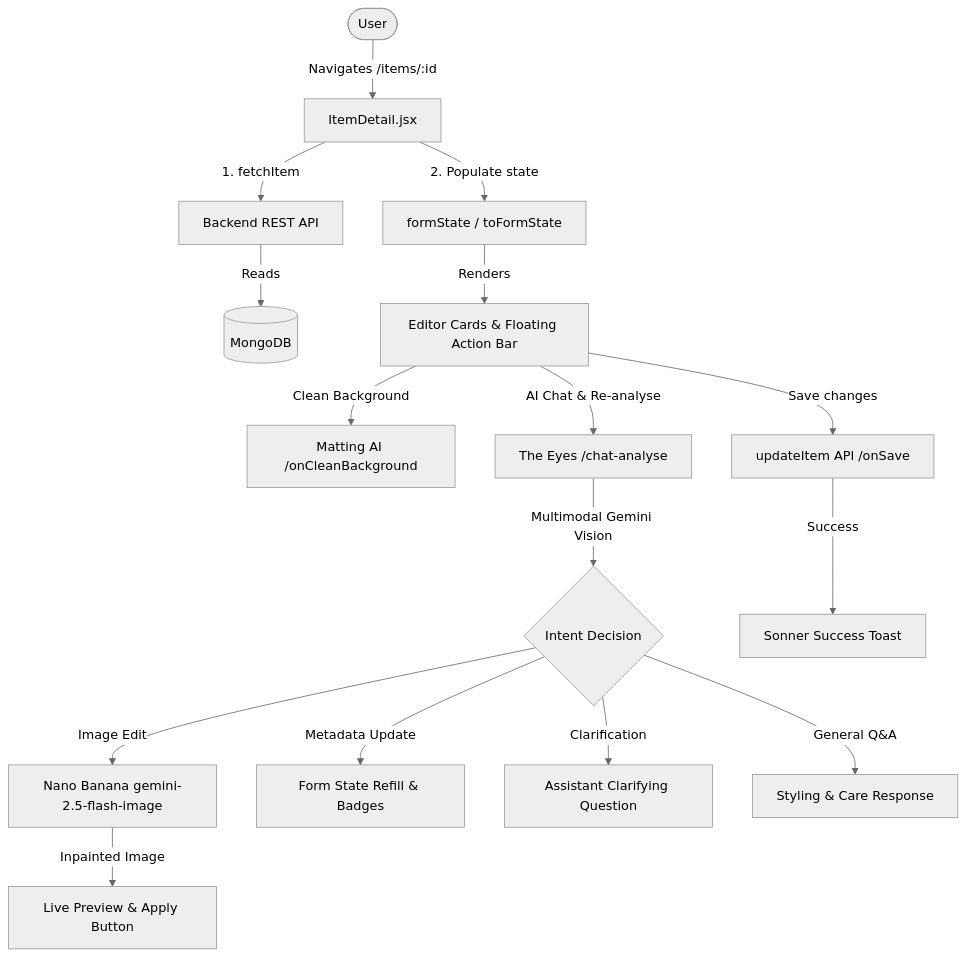
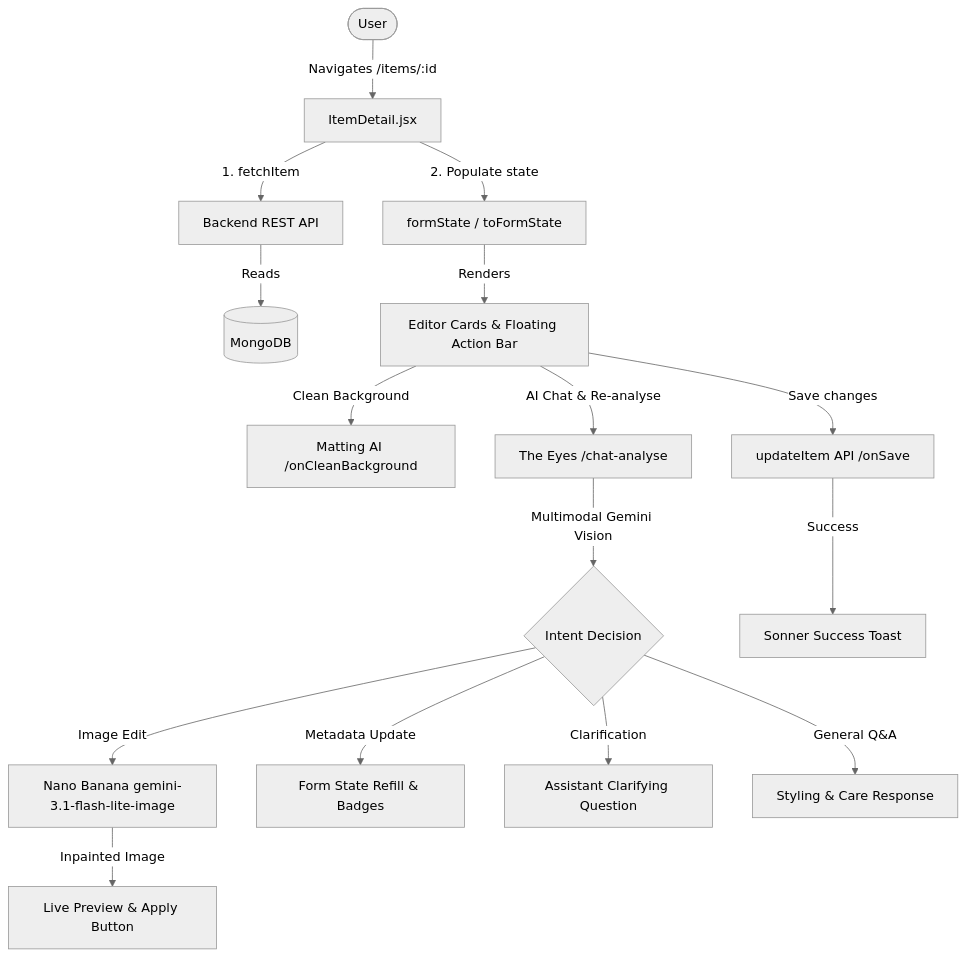
One commit to Yoram-Jacobs/DressAppV1 changed the diagram in apps/web/public/wiki/de/item_details.md. Above: the diagram before and after it, drawn with Mermaid (neutral theme). The commit also changed other lines of this file and 66 other files, not shown here.

````diff
--- a/apps/web/public/wiki/de/item_details.md
+++ b/apps/web/public/wiki/de/item_details.md
@@ -14,22 +14,22 @@
 ```mermaid
 graph TD
     User([User]) -->|Navigates /items/:id| Page[ItemDetail.jsx]
     Page -->|1. fetchItem| API[Backend REST API]
     API -->|Reads| DB[(MongoDB)]
     
     Page -->|2. Populate state| FormState[formState / toFormState]
     FormState -->|Renders| Cards[Editor Cards & Floating Action Bar]
     
     Cards -->|Clean Background| Matting[Matting AI /onCleanBackground]
     Cards -->|AI Chat & Re-analyse| EyesAgent[The Eyes /chat-analyse]
     EyesAgent -->|Multimodal Gemini Vision| DecisionEngine{Intent Decision}
     
-    DecisionEngine -->|Image Edit| NanoBanana[Nano Banana gemini-2.5-flash-image]
+    DecisionEngine -->|Image Edit| NanoBanana[Nano Banana gemini-3.1-flash-lite-image]
     NanoBanana -->|Inpainted Image| ImagePreview[Live Preview & Apply Button]
     DecisionEngine -->|Metadata Update| AttributeRefill[Form State Refill & Badges]
     DecisionEngine -->|Clarification| ChatBubble[Assistant Clarifying Question]
     DecisionEngine -->|General Q&A| StylingAdvice[Styling & Care Response]
     
     Cards -->|Save changes| SaveAPI[updateItem API /onSave]
     SaveAPI -->|Success| Toast[Sonner Success Toast]
 ```
````
